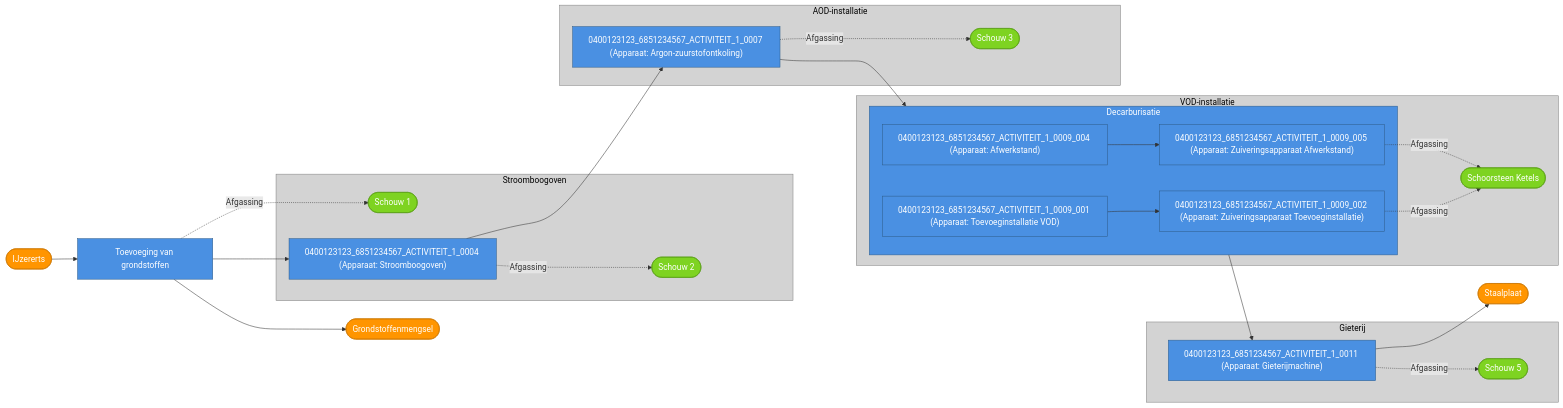
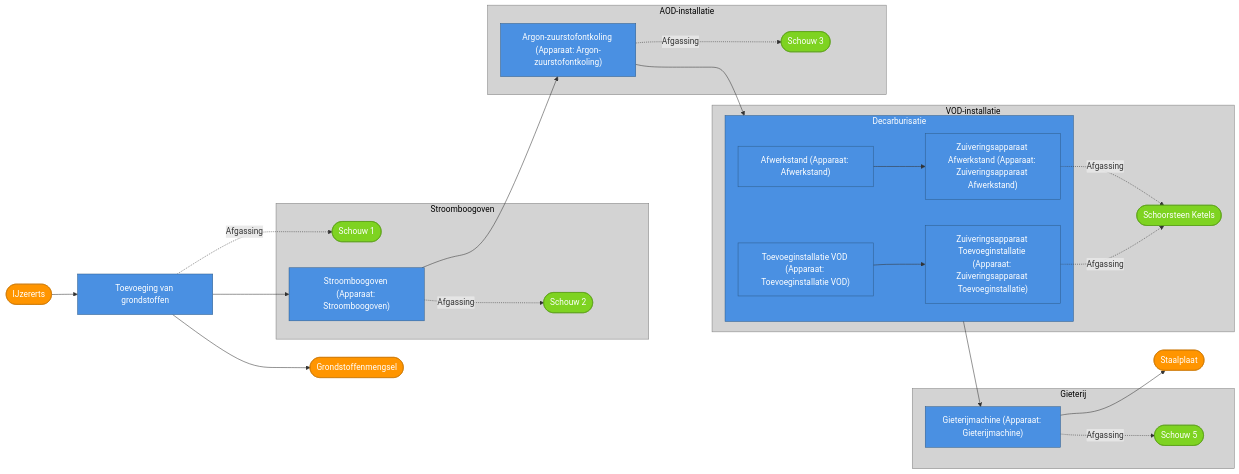
One commit to milieuinfo/RIE-IEPR changed the diagram in documentatie/bin/activiteit-visualisatie/staalfabriek.mmd. Above: the diagram before and after it, drawn with Mermaid. The commit also changed 5 other files, not shown here.

```diff
--- a/documentatie/bin/activiteit-visualisatie/staalfabriek.mmd
+++ b/documentatie/bin/activiteit-visualisatie/staalfabriek.mmd
@@ -1,64 +1,64 @@
 flowchart LR
     subgraph installatie6["Stroomboogoven"]
     emissiepunt0(["Schouw 1"])
     style emissiepunt0 color:white,fill:#7ED321,stroke:#5A9E17,color:#fff
     emissiepunt1(["Schouw 2"])
     style emissiepunt1 color:white,fill:#7ED321,stroke:#5A9E17,color:#fff
-    step1["0400123123_6851234567_ACTIVITEIT_1_0004 (Apparaat: Stroomboogoven)"]
+    step1["Stroomboogoven (Apparaat: Stroomboogoven)"]
     style step1 color:white,fill:#4A90E2,stroke:#2E5C8A,color:#fff
     end
     style installatie6 color:black,fill:#D3D3D3,stroke:#808080,color:#000
     subgraph installatie7["Gieterij"]
     emissiepunt4(["Schouw 5"])
     style emissiepunt4 color:white,fill:#7ED321,stroke:#5A9E17,color:#fff
-    step8["0400123123_6851234567_ACTIVITEIT_1_0011 (Apparaat: Gieterijmachine)"]
+    step8["Gieterijmachine (Apparaat: Gieterijmachine)"]
     style step8 color:white,fill:#4A90E2,stroke:#2E5C8A,color:#fff
     end
     style installatie7 color:black,fill:#D3D3D3,stroke:#808080,color:#000
     subgraph installatie8["VOD-installatie"]
     emissiepunt3(["Schoorsteen Ketels"])
     style emissiepunt3 color:white,fill:#7ED321,stroke:#5A9E17,color:#fff
     subgraph step3["Decarburisatie"]
-    step4["0400123123_6851234567_ACTIVITEIT_1_0009_001 (Apparaat: Toevoeginstallatie VOD)"]
+    step4["Toevoeginstallatie VOD (Apparaat: Toevoeginstallatie VOD)"]
     style step4 color:white,fill:#4A90E2,stroke:#2E5C8A,color:#fff
-    step5["0400123123_6851234567_ACTIVITEIT_1_0009_002 (Apparaat: Zuiveringsapparaat Toevoeginstallatie)"]
+    step5["Zuiveringsapparaat Toevoeginstallatie (Apparaat: Zuiveringsapparaat Toevoeginstallatie)"]
     style step5 color:white,fill:#4A90E2,stroke:#2E5C8A,color:#fff
-    step6["0400123123_6851234567_ACTIVITEIT_1_0009_004 (Apparaat: Afwerkstand)"]
+    step6["Afwerkstand (Apparaat: Afwerkstand)"]
     style step6 color:white,fill:#4A90E2,stroke:#2E5C8A,color:#fff
-    step7["0400123123_6851234567_ACTIVITEIT_1_0009_005 (Apparaat: Zuiveringsapparaat Afwerkstand)"]
+    step7["Zuiveringsapparaat Afwerkstand (Apparaat: Zuiveringsapparaat Afwerkstand)"]
     style step7 color:white,fill:#4A90E2,stroke:#2E5C8A,color:#fff
     end
     style step3 color:white,fill:#4A90E2,stroke:#2E5C8A,color:#fff
     end
     style installatie8 color:black,fill:#D3D3D3,stroke:#808080,color:#000
     subgraph installatie9["AOD-installatie"]
     emissiepunt2(["Schouw 3"])
     style emissiepunt2 color:white,fill:#7ED321,stroke:#5A9E17,color:#fff
-    step2["0400123123_6851234567_ACTIVITEIT_1_0007 (Apparaat: Argon-zuurstofontkoling)"]
+    step2["Argon-zuurstofontkoling (Apparaat: Argon-zuurstofontkoling)"]
     style step2 color:white,fill:#4A90E2,stroke:#2E5C8A,color:#fff
     end
     style installatie9 color:black,fill:#D3D3D3,stroke:#808080,color:#000
     step0["Toevoeging van grondstoffen"]
     style step0 color:white,fill:#4A90E2,stroke:#2E5C8A,color:#fff
     stof0(["IJzererts"])
     style stof0 color:white,fill:#FF9500,stroke:#CC7700,color:#fff
     stof1(["Staalplaat"])
     style stof1 color:white,fill:#FF9500,stroke:#CC7700,color:#fff
     stof2(["Grondstoffenmengsel"])
     style stof2 color:white,fill:#FF9500,stroke:#CC7700,color:#fff
 
     step0 --> step1
     step1 --> step2
     step2 --> step3
     step4 --> step5
     step6 --> step7
     step3 --> step8
     step0 -.->|Afgassing| emissiepunt0
     step1 -.->|Afgassing| emissiepunt1
     step2 -.->|Afgassing| emissiepunt2
     step5 -.->|Afgassing| emissiepunt3
     step7 -.->|Afgassing| emissiepunt3
     step8 -.->|Afgassing| emissiepunt4
     stof0 --> step0
     step0 --> stof2
     step8 --> stof1
```
